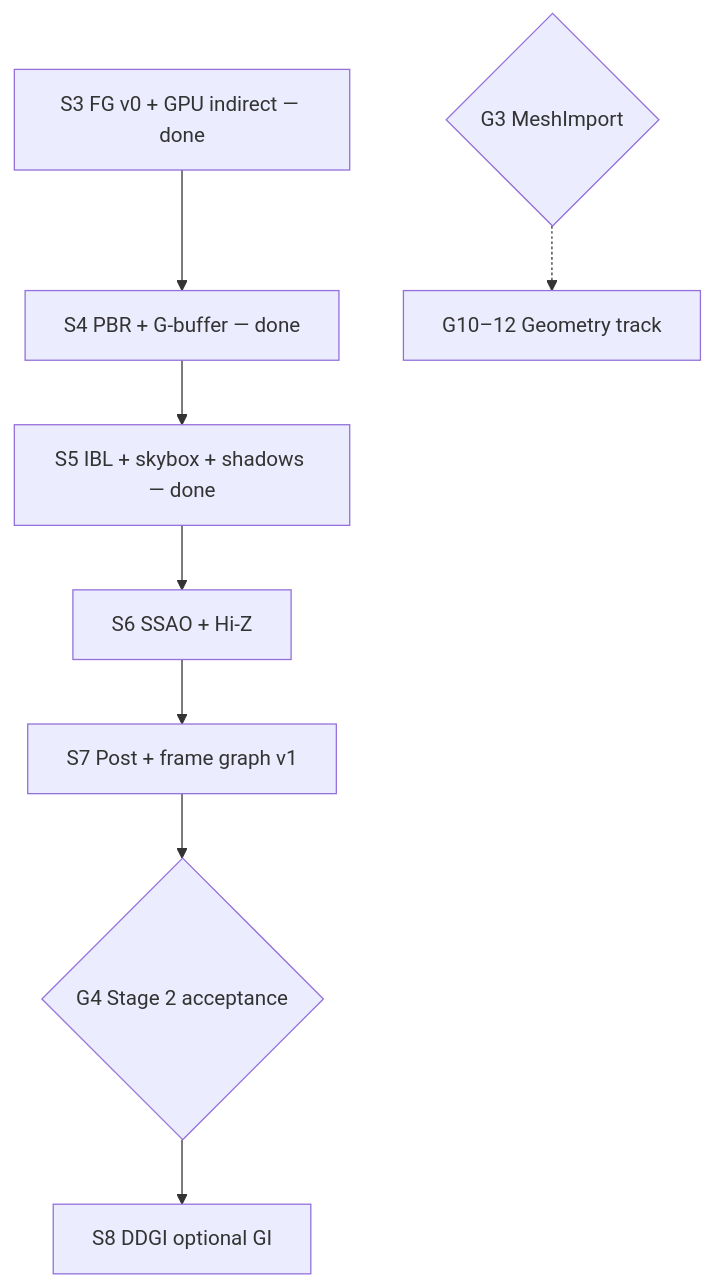
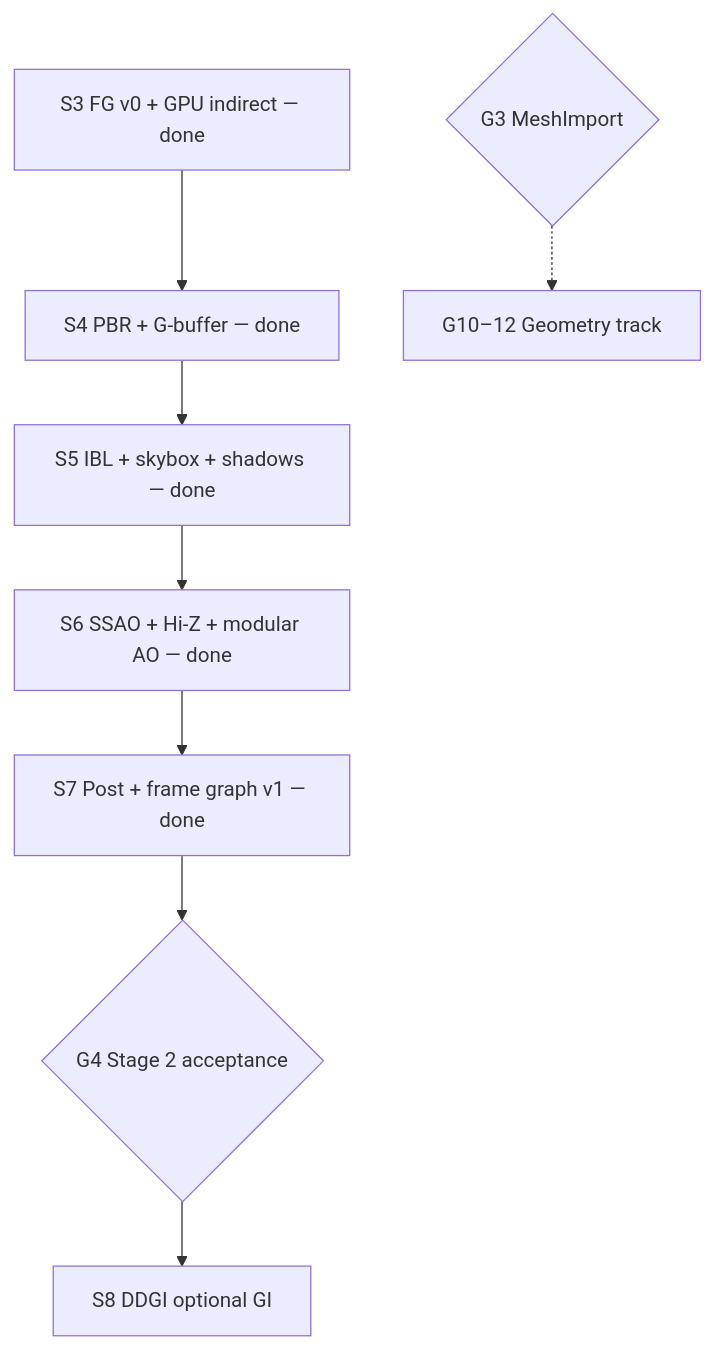
Before and after one commit to PluseggWill/SiriusEngine_VulkanReboot: the diagram in Docs/Active-Plan.md, drawn with Mermaid. The commit also changed other lines of this file and 83 other files, not shown here.

````diff
--- a/Docs/Active-Plan.md
+++ b/Docs/Active-Plan.md
@@ -26,16 +40,16 @@
 ```mermaid
 flowchart TB
   S3[S3 FG v0 + GPU indirect — done]
   S4[S4 PBR + G-buffer — done]
   S5[S5 IBL + skybox + shadows — done]
-  S6[S6 SSAO + Hi-Z]
-  S7[S7 Post + frame graph v1]
+  S6[S6 SSAO + Hi-Z + modular AO — done]
+  S7[S7 Post + frame graph v1 — done]
+  G4{G4 Stage 2 acceptance}
   S8[S8 DDGI optional GI]
-  G4{G4 Stage 2 acceptance}
 
   S3 --> S4 --> S5 --> S6 --> S7 --> G4 --> S8
 
   GEO[G10–12 Geometry track]
   G3{G3 MeshImport}
   G3 -.-> GEO
 ```
````
